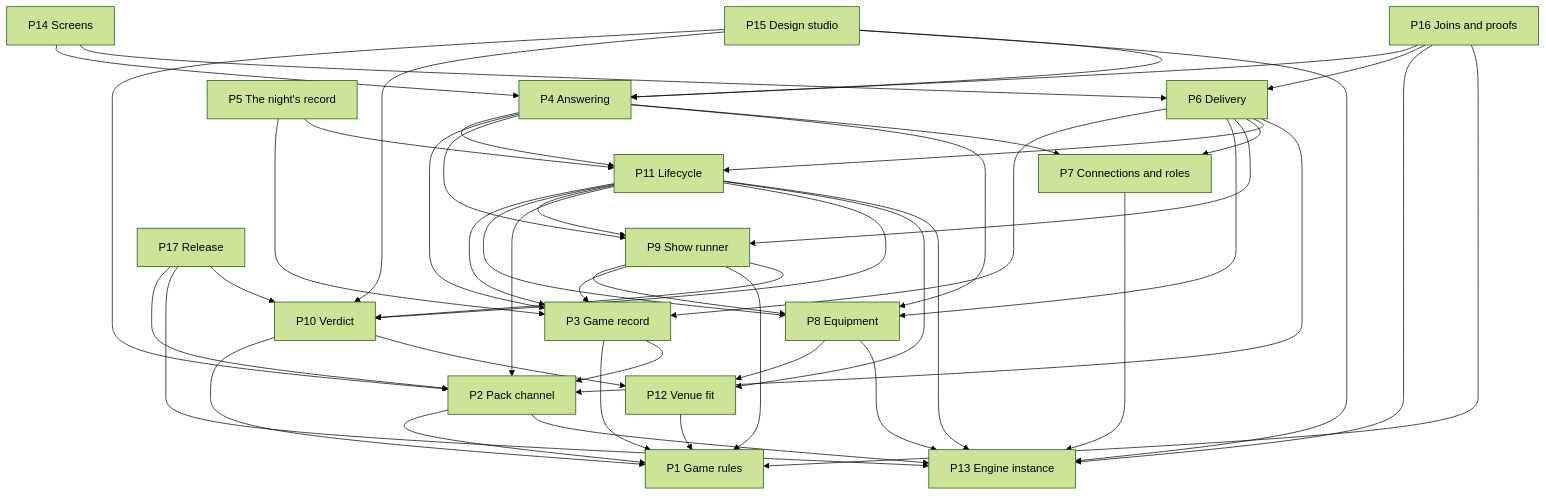
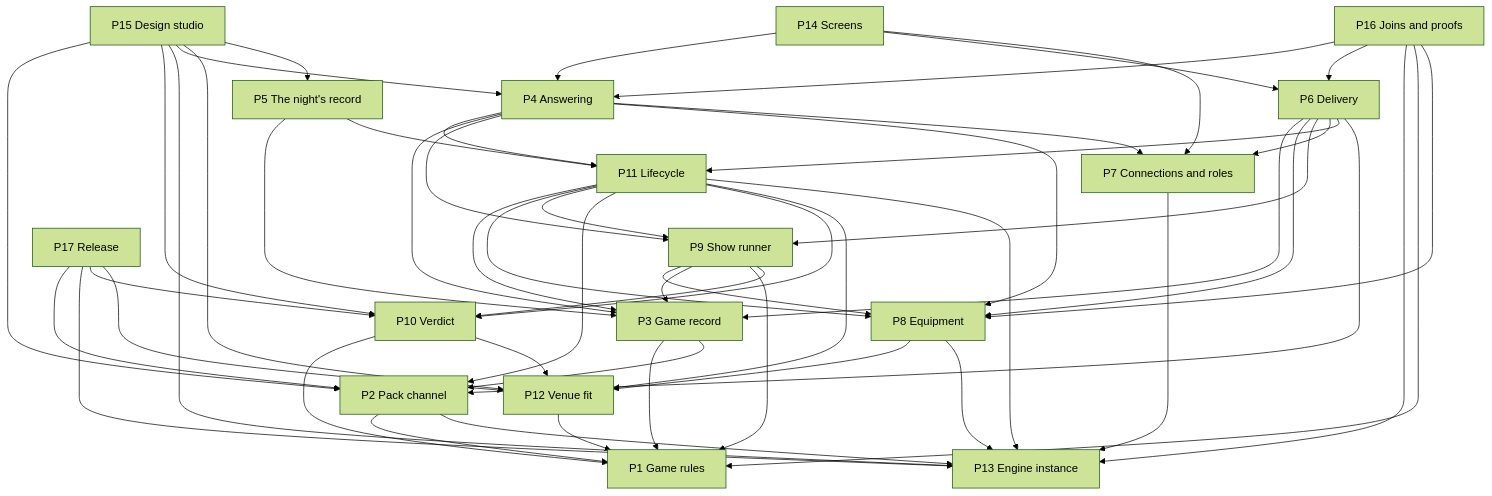
One commit to maxepunk/ALN-Ecosystem changed the second of 3 diagrams in docs/plans/architecture-pass/2026-11-01-engine-shape.md. Above: the diagram before and after it, drawn with Mermaid (forest theme). The commit also changed other lines of this file and 1 other file, not shown here.

First line of the commit message:
docs(architecture-pass): the engine shape with its check folded in (94 changes; workflow wf_5f2445a0-bac done) [skip ci]

````diff
--- a/docs/plans/architecture-pass/2026-11-01-engine-shape.md
+++ b/docs/plans/architecture-pass/2026-11-01-engine-shape.md
@@ -219,67 +219,72 @@
 ```mermaid
 flowchart TD
   P1["P1 Game rules"]
   P2["P2 Pack channel"]
   P3["P3 Game record"]
   P4["P4 Answering"]
   P5["P5 The night's record"]
   P6["P6 Delivery"]
   P7["P7 Connections and roles"]
   P8["P8 Equipment"]
   P9["P9 Show runner"]
   P10["P10 Verdict"]
   P11["P11 Lifecycle"]
   P12["P12 Venue fit"]
   P13["P13 Engine instance"]
   P14["P14 Screens"]
   P15["P15 Design studio"]
   P16["P16 Joins and proofs"]
   P17["P17 Release"]
   P12 --> P1
   P2 --> P1
   P2 --> P13
   P10 --> P1
   P10 --> P12
   P7 --> P13
   P8 --> P12
   P8 --> P13
   P3 --> P1
   P3 --> P2
   P9 --> P8
   P9 --> P3
   P9 --> P1
   P9 --> P10
   P11 --> P3
   P11 --> P8
   P11 --> P9
   P11 --> P2
   P11 --> P10
   P11 --> P12
   P11 --> P13
   P4 --> P11
   P4 --> P3
   P4 --> P9
   P4 --> P8
   P4 --> P7
   P6 --> P3
   P6 --> P8
   P6 --> P9
   P6 --> P7
   P6 --> P11
   P6 --> P2
   P5 --> P3
   P5 --> P11
   P14 --> P4
   P14 --> P6
+  P14 --> P7
   P15 --> P2
   P15 --> P10
   P15 --> P13
   P15 --> P4
+  P15 --> P12
+  P15 --> P5
   P16 --> P4
   P16 --> P6
   P16 --> P13
   P16 --> P1
+  P16 --> P8
   P17 --> P2
   P17 --> P13
   P17 --> P10
+  P17 --> P12
 ```
````
